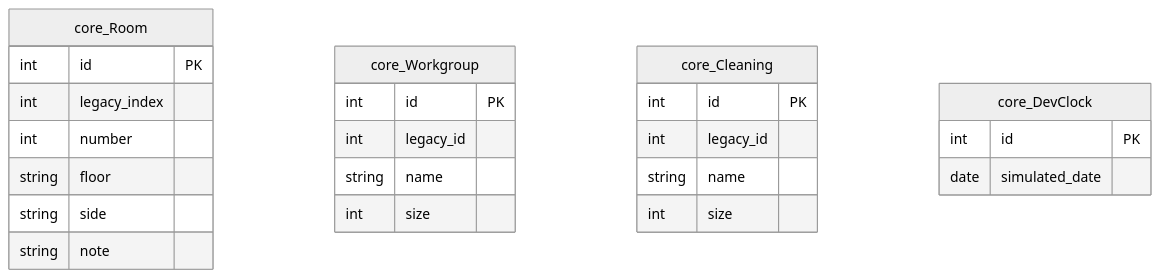
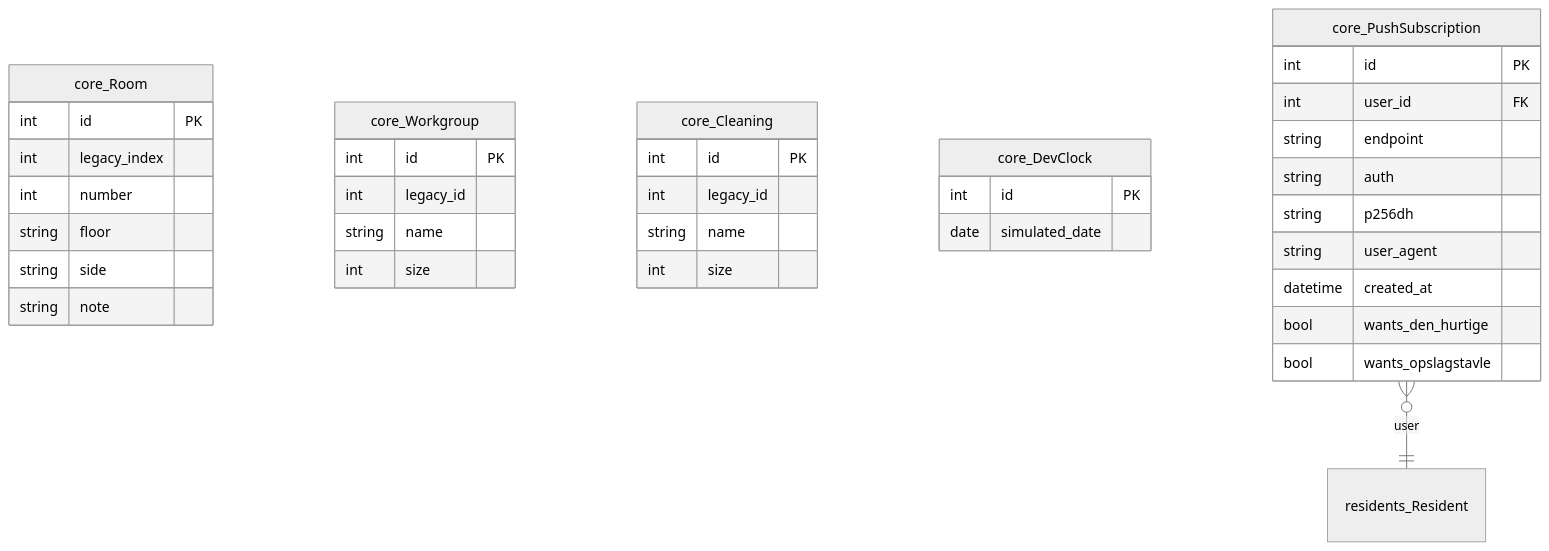
Before and after one commit to G-A-Hagemanns-Kollegium/ny_ny_intern: the fifth of 11 diagrams in docs/erd.md, drawn with Mermaid (neutral theme). The commit also changed other lines of this file and 16 other files, not shown here.

First line of the commit message:
Move Den Hurtige replies into a thread side panel (#88)

````diff
--- a/docs/erd.md
+++ b/docs/erd.md
@@ -518,30 +568,46 @@
 ```mermaid
 erDiagram
     core_Room {
         int id PK
         int legacy_index
         int number
         string floor
         string side
         string note
     }
 
     core_Workgroup {
         int id PK
         int legacy_id
         string name
         int size
     }
 
     core_Cleaning {
         int id PK
         int legacy_id
         string name
         int size
     }
 
     core_DevClock {
         int id PK
         date simulated_date
     }
+
+    core_PushSubscription {
+        int id PK
+        int user_id FK
+        string endpoint
+        string auth
+        string p256dh
+        string user_agent
+        datetime created_at
+        bool wants_den_hurtige
+        bool wants_opslagstavle
+    }
+
+    residents_Resident { }
+
+    core_PushSubscription }o--|| residents_Resident : "user"
 ```
````
